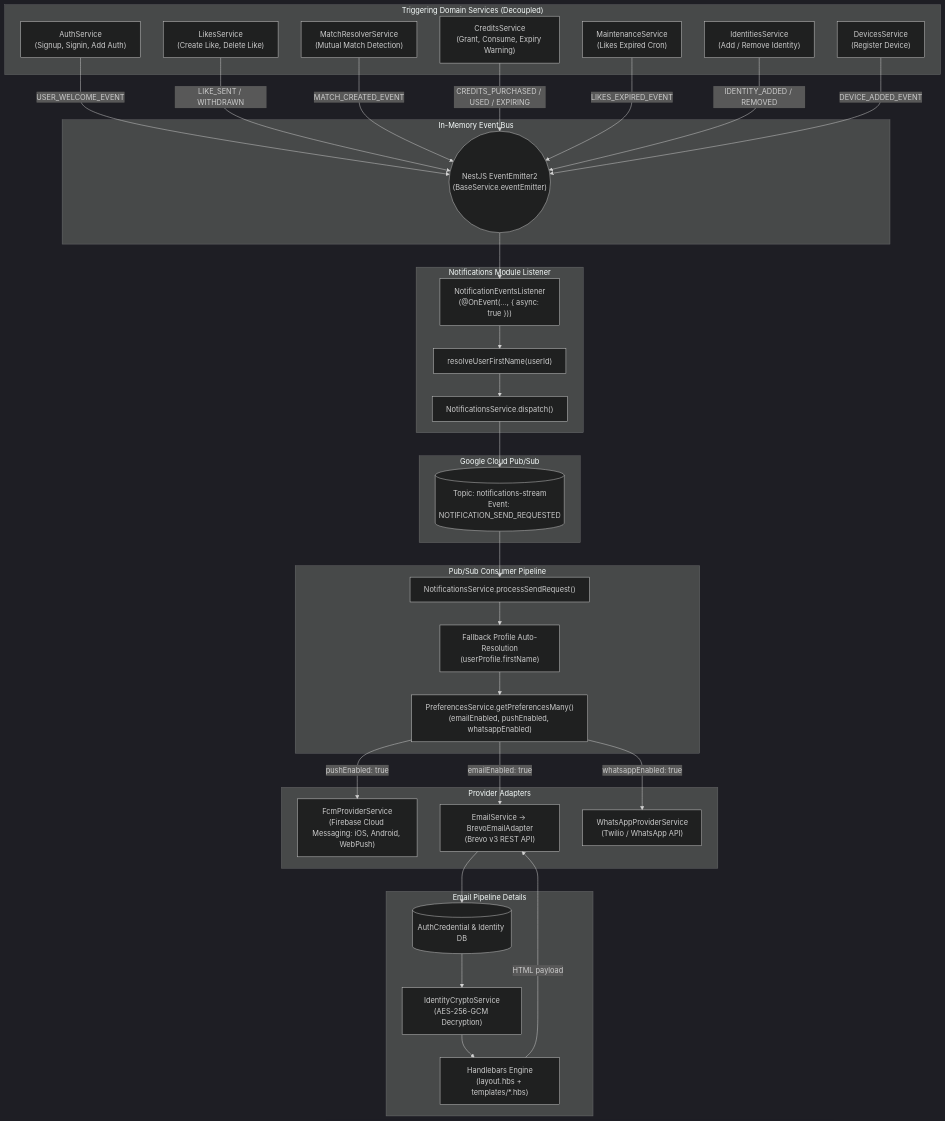
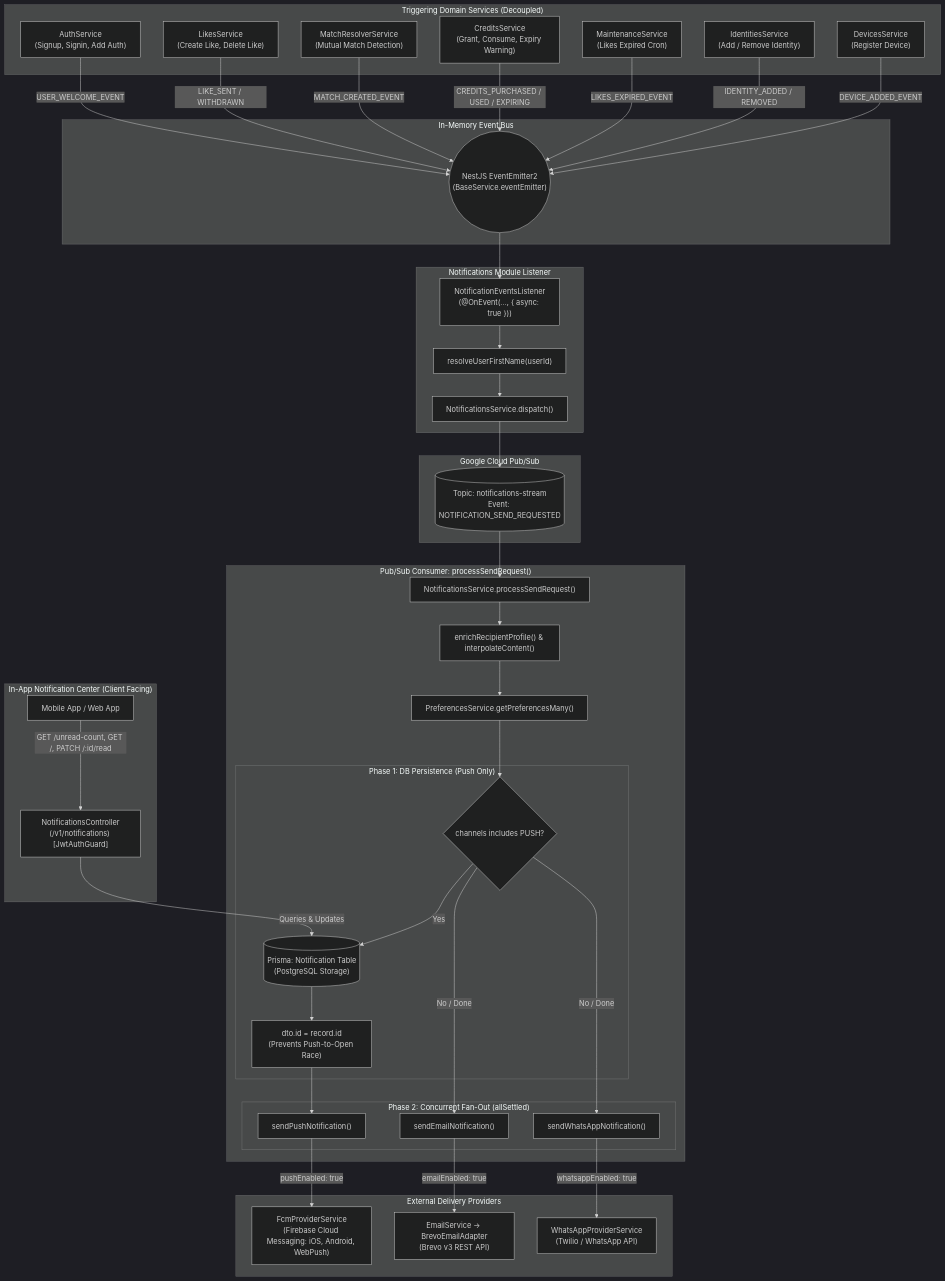
Before and after one commit to SaveSoulApp/Breathaway-Backend: the diagram in docs-site/docs/modules/notifications.md, drawn with Mermaid (dark theme). The commit also changed other lines of this file and 37 other files, not shown here.

````diff
--- a/docs-site/docs/modules/notifications.md
+++ b/docs-site/docs/modules/notifications.md
@@ -49,22 +54,33 @@
         PUBSUB[("Topic: notifications-stream<br/>Event: NOTIFICATION_SEND_REQUESTED")]
     end
 
-    subgraph Consumer["Pub/Sub Consumer Pipeline"]
+    subgraph Consumer["Pub/Sub Consumer: processSendRequest()"]
         PROCESSOR["NotificationsService.processSendRequest()"]
-        FALLBACK["Fallback Profile Auto-Resolution<br/>(userProfile.firstName)"]
-        PREFS["PreferencesService.getPreferencesMany()<br/>(emailEnabled, pushEnabled, whatsappEnabled)"]
+        ENRICH["enrichRecipientProfile() & interpolateContent()"]
+        PREFS["PreferencesService.getPreferencesMany()"]
+
+        subgraph Phase_1["Phase 1: DB Persistence (Push Only)"]
+            PERSIST{"channels includes PUSH?"}
+            DB_WRITE[("Prisma: Notification Table<br/>(PostgreSQL Storage)")]
+            ATTACH_ID["dto.id = record.id<br/>(Prevents Push-to-Open Race)"]
+        end
+
+        subgraph Phase_2["Phase 2: Concurrent Fan-Out (allSettled)"]
+            SEND_PUSH["sendPushNotification()"]
+            SEND_EMAIL["sendEmailNotification()"]
+            SEND_WA["sendWhatsAppNotification()"]
+        end
     end
 
-    subgraph Channels["Provider Adapters"]
+    subgraph Providers["External Delivery Providers"]
         FCM["FcmProviderService<br/>(Firebase Cloud Messaging: iOS, Android, WebPush)"]
         BREVO["EmailService → BrevoEmailAdapter<br/>(Brevo v3 REST API)"]
         WA["WhatsAppProviderService<br/>(Twilio / WhatsApp API)"]
     end
 
-    subgraph Email_Resolution["Email Pipeline Details"]
-        AUTH_CRED[("AuthCredential & Identity DB")]
-        KMS["IdentityCryptoService<br/>(AES-256-GCM Decryption)"]
-        HBS["Handlebars Engine<br/>(layout.hbs + templates/*.hbs)"]
+    subgraph Client_Inbox["In-App Notification Center (Client Facing)"]
+        CLIENT["Mobile App / Web App"]
+        CTRL["NotificationsController<br/>(/v1/notifications) [JwtAuthGuard]"]
     end
 
     AUTH -->|USER_WELCOME_EVENT| BUS
@@ -80,15 +96,20 @@
     RESOLVE --> DISPATCH
     DISPATCH --> PUBSUB
     PUBSUB --> PROCESSOR
-    PROCESSOR --> FALLBACK
-    FALLBACK --> PREFS
+    PROCESSOR --> ENRICH
+    ENRICH --> PREFS
+    PREFS --> PERSIST
 
-    PREFS -->|pushEnabled: true| FCM
-    PREFS -->|emailEnabled: true| BREVO
-    PREFS -->|whatsappEnabled: true| WA
+    PERSIST -->|Yes| DB_WRITE
+    DB_WRITE --> ATTACH_ID
+    ATTACH_ID --> SEND_PUSH
+    PERSIST -->|No / Done| SEND_EMAIL
+    PERSIST -->|No / Done| SEND_WA
 
-    BREVO --> AUTH_CRED
-    AUTH_CRED --> KMS
-    KMS --> HBS
-    HBS -->|HTML payload| BREVO
+    SEND_PUSH -->|pushEnabled: true| FCM
+    SEND_EMAIL -->|emailEnabled: true| BREVO
+    SEND_WA -->|whatsappEnabled: true| WA
+
+    CLIENT -->|GET /unread-count, GET /, PATCH /:id/read| CTRL
+    CTRL -->|Queries & Updates| DB_WRITE
 ```
````
